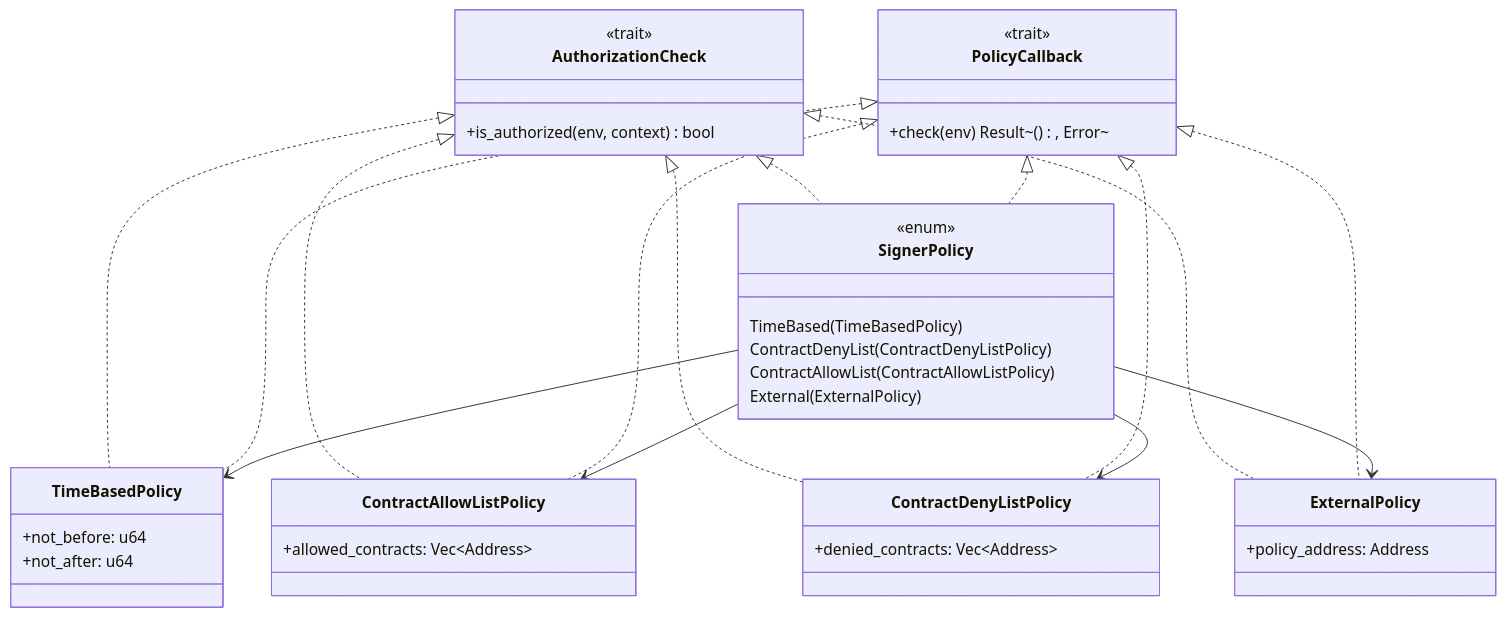
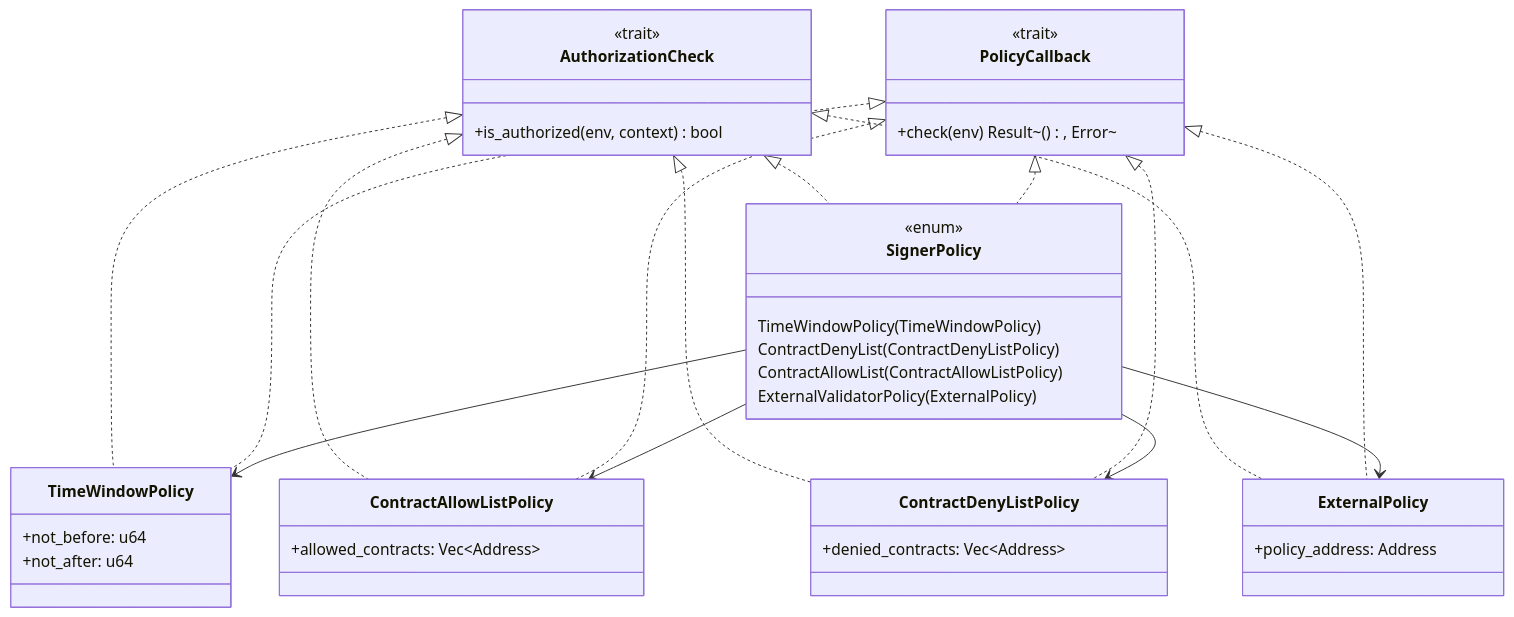
The third of 5 diagrams in contracts/smart-account/README.md (Crossmint/stellar-smart-account), drawn with Mermaid before and after one commit. The commit also changed other lines of this file and 18 other files, not shown here.

````diff
--- a/contracts/smart-account/README.md
+++ b/contracts/smart-account/README.md
@@ -288,53 +290,53 @@
 ```mermaid
 classDiagram
     class AuthorizationCheck {
         <<trait>>
         +is_authorized(env, context) bool
     }
     
     class PolicyCallback {
         <<trait>>
         +check(env) Result~(), Error~
     }
     
     class SignerPolicy {
         <<enum>>
-        TimeBased(TimeBasedPolicy)
+        TimeWindowPolicy(TimeWindowPolicy)
         ContractDenyList(ContractDenyListPolicy)
         ContractAllowList(ContractAllowListPolicy)
-        External(ExternalPolicy)
+        ExternalValidatorPolicy(ExternalPolicy)
     }
     
-    class TimeBasedPolicy {
+    class TimeWindowPolicy {
         +not_before: u64
         +not_after: u64
     }
     
     class ContractAllowListPolicy {
         +allowed_contracts: Vec~Address~
     }
     
     class ContractDenyListPolicy {
         +denied_contracts: Vec~Address~
     }
     
     class ExternalPolicy {
         +policy_address: Address
     }
     
     AuthorizationCheck <|.. SignerPolicy
     PolicyCallback <|.. SignerPolicy
-    AuthorizationCheck <|.. TimeBasedPolicy
+    AuthorizationCheck <|.. TimeWindowPolicy
     AuthorizationCheck <|.. ContractAllowListPolicy
     AuthorizationCheck <|.. ContractDenyListPolicy
     AuthorizationCheck <|.. ExternalPolicy
-    PolicyCallback <|.. TimeBasedPolicy
+    PolicyCallback <|.. TimeWindowPolicy
     PolicyCallback <|.. ContractAllowListPolicy
     PolicyCallback <|.. ContractDenyListPolicy
     PolicyCallback <|.. ExternalPolicy
     
-    SignerPolicy --> TimeBasedPolicy
+    SignerPolicy --> TimeWindowPolicy
     SignerPolicy --> ContractAllowListPolicy
     SignerPolicy --> ContractDenyListPolicy
     SignerPolicy --> ExternalPolicy
 ```
````
